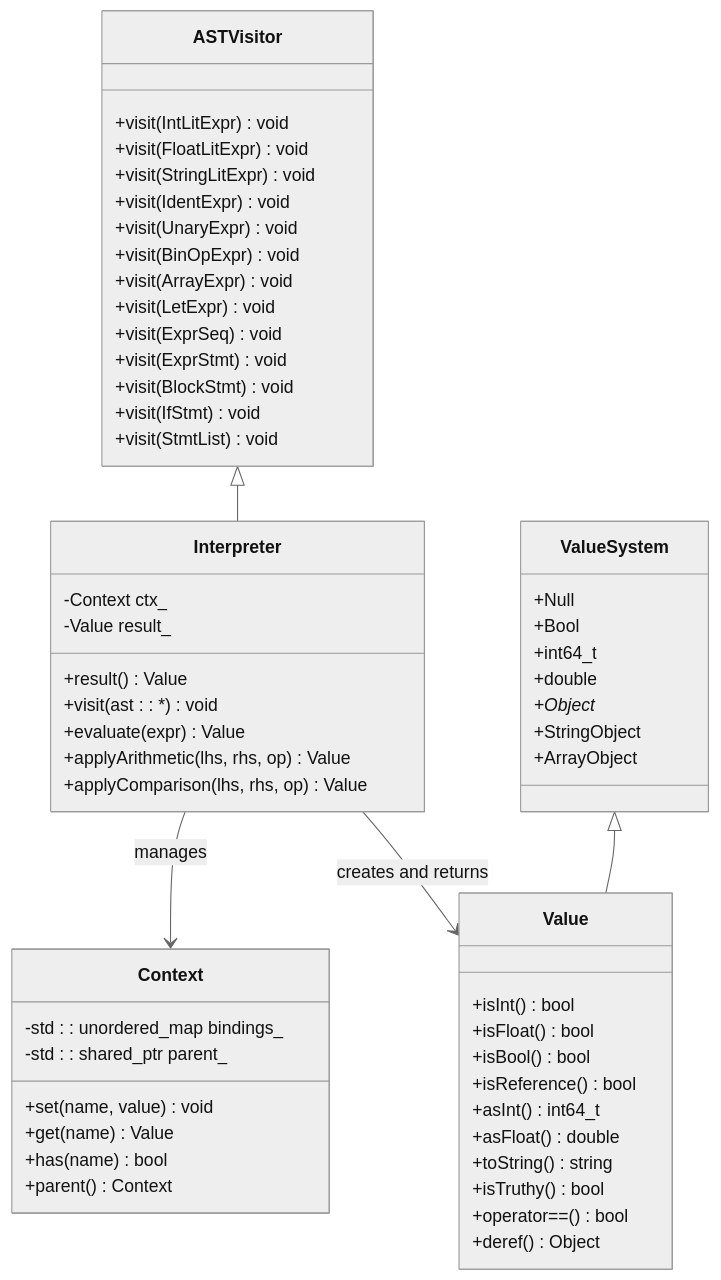
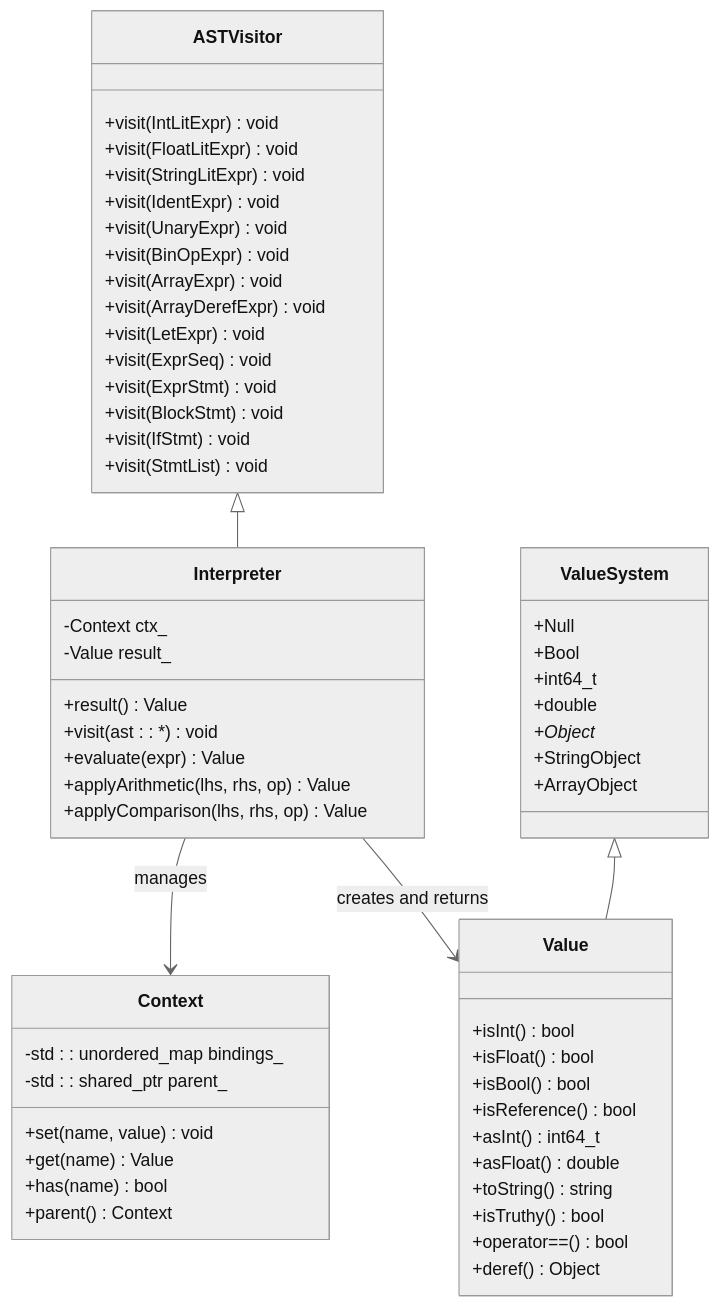
The fifth of 5 diagrams in .qoder/repowiki/en/content/Testing Framework.md (littlebirds/modern_bision), drawn with Mermaid (neutral theme) before and after one commit. The commit also changed other lines of this file and 6 other files, not shown here.

Commit message:
add unit test for evaluting ArrayDeref expr

````diff
--- a/.qoder/repowiki/en/content/Testing Framework.md
+++ b/.qoder/repowiki/en/content/Testing Framework.md
@@ -382,60 +387,61 @@
 ```mermaid
 classDiagram
 class ASTVisitor {
 +visit(IntLitExpr) void
 +visit(FloatLitExpr) void
 +visit(StringLitExpr) void
 +visit(IdentExpr) void
 +visit(UnaryExpr) void
 +visit(BinOpExpr) void
 +visit(ArrayExpr) void
++visit(ArrayDerefExpr) void
 +visit(LetExpr) void
 +visit(ExprSeq) void
 +visit(ExprStmt) void
 +visit(BlockStmt) void
 +visit(IfStmt) void
 +visit(StmtList) void
 }
 class Interpreter {
 +result() Value
 +visit(ast : : *) void
 +evaluate(expr) Value
 +applyArithmetic(lhs, rhs, op) Value
 +applyComparison(lhs, rhs, op) Value
 -Context ctx_
 -Value result_
 }
 class Context {
 +set(name, value) void
 +get(name) Value
 +has(name) bool
 +parent() Context
 -std : : unordered_map bindings_
 -std : : shared_ptr parent_
 }
 class Value {
 +isInt() bool
 +isFloat() bool
 +isBool() bool
 +isReference() bool
 +asInt() int64_t
 +asFloat() double
 +toString() string
 +isTruthy() bool
 +operator==() bool
 +deref() Object
 }
 class ValueSystem {
 +Null
 +Bool
 +int64_t
 +double
 +Object*
 +StringObject
 +ArrayObject
 }
 ASTVisitor <|-- Interpreter
 Interpreter --> Context : manages
 Interpreter --> Value : creates and returns
 ValueSystem <|-- Value
 ```
````
